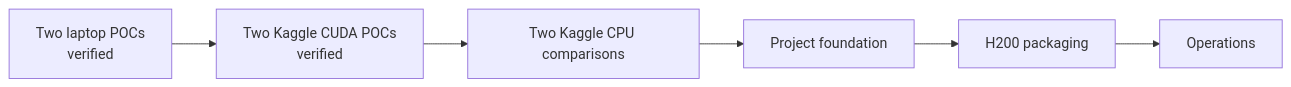
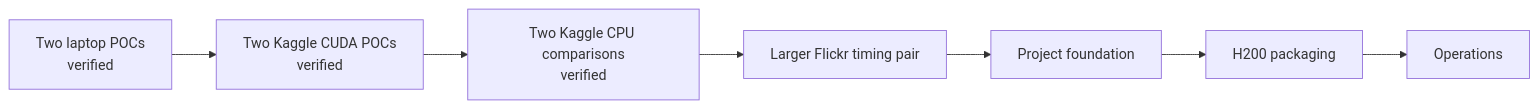
The diagram in docs/05-plan/phases.md (gh-andirdju/ml), drawn with Mermaid before and after one commit. The commit also changed other lines of this file and 25 other files, not shown here.

Commit message:
Add timed Flickr CPU and GPU benchmark

````diff
--- a/docs/05-plan/phases.md
+++ b/docs/05-plan/phases.md
@@ -6,8 +7,9 @@
 ```mermaid
 flowchart LR
     local[Two laptop POCs<br/>verified] --> kaggle[Two Kaggle CUDA POCs<br/>verified]
-    kaggle --> cpu[Two Kaggle CPU comparisons]
-    cpu --> foundation[Project foundation]
+    kaggle --> cpu[Two Kaggle CPU comparisons<br/>verified]
+    cpu --> larger[Larger Flickr timing pair]
+    larger --> foundation[Project foundation]
     foundation --> cluster[H200 packaging]
     cluster --> operations[Operations]
 ```
````
